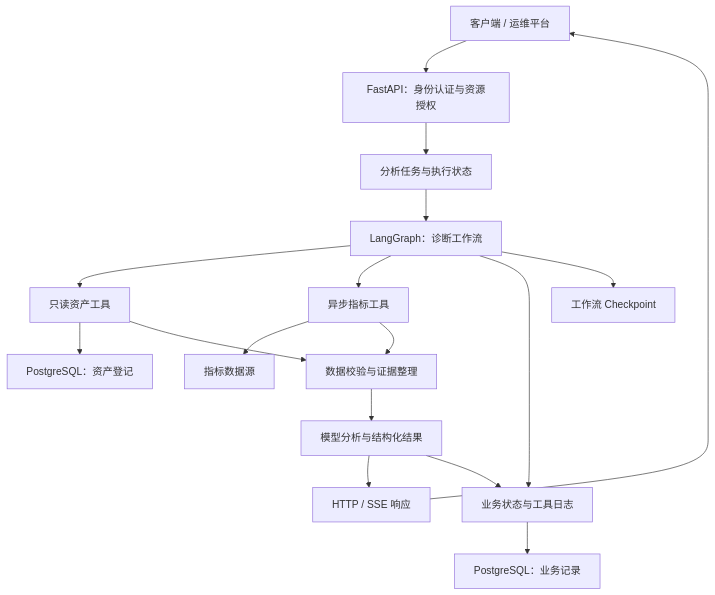
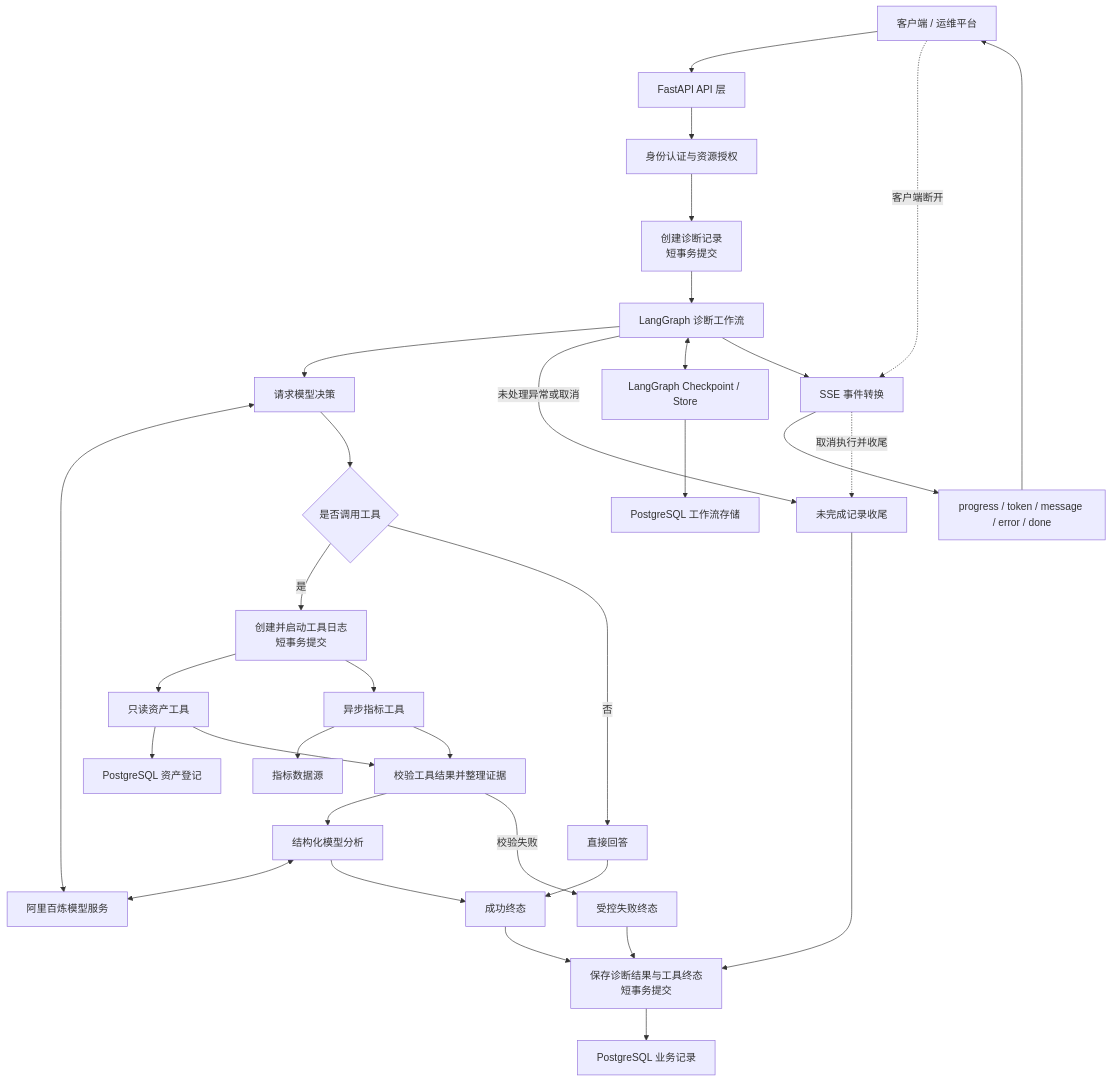
The diagram in README.md (Ethanwu23/ops-pilot), drawn with Mermaid before and after one commit. The commit also changed other lines of this file, not shown here.

Commit message:
docs: update diagnostic service architecture

````diff
--- a/README.md
+++ b/README.md
@@ -117,19 +119,44 @@
 ```mermaid
 flowchart TD
-    A["客户端 / 运维平台"] --> B["FastAPI：身份认证与资源授权"]
-    B --> C["分析任务与执行状态"]
-    C --> D["LangGraph：诊断工作流"]
-    D --> E["只读资产工具"]
-    D --> F["异步指标工具"]
-    E --> G["PostgreSQL：资产登记"]
-    F --> H["指标数据源"]
-    E --> I["数据校验与证据整理"]
-    F --> I
-    I --> J["模型分析与结构化结果"]
-    J --> K["HTTP / SSE 响应"]
-    K --> A
-    D --> L["业务状态与工具日志"]
-    J --> L
-    L --> M["PostgreSQL：业务记录"]
-    D --> N["工作流 Checkpoint"]
+    A["客户端 / 运维平台"] --> B["FastAPI API 层"]
+    B --> C["身份认证与资源授权"]
+    C --> D["创建诊断记录<br/>短事务提交"]
+    D --> E["LangGraph 诊断工作流"]
+
+    E --> F["请求模型决策"]
+    F <--> G["阿里百炼模型服务"]
+    F --> H{"是否调用工具"}
+
+    H -->|是| I["创建并启动工具日志<br/>短事务提交"]
+    I --> J["只读资产工具"]
+    I --> K["异步指标工具"]
+
+    J --> L["PostgreSQL 资产登记"]
+    K --> M["指标数据源"]
+
+    J --> N["校验工具结果并整理证据"]
+    K --> N
+    N --> O["结构化模型分析"]
+    O <--> G
+
+    H -->|否| P["直接回答"]
+    O --> Q["成功终态"]
+    P --> Q
+    N -->|校验失败| R["受控失败终态"]
+    E -->|未处理异常或取消| S["未完成记录收尾"]
+
+    Q --> T["保存诊断结果与工具终态<br/>短事务提交"]
+    R --> T
+    S --> T
+    T --> U["PostgreSQL 业务记录"]
+
+    E <--> V["LangGraph Checkpoint / Store"]
+    V --> W["PostgreSQL 工作流存储"]
+
+    E --> X["SSE 事件转换"]
+    X --> Y["progress / token / message / error / done"]
+    Y --> A
+
+    A -. "客户端断开" .-> X
+    X -. "取消执行并收尾" .-> S
 ```
````
